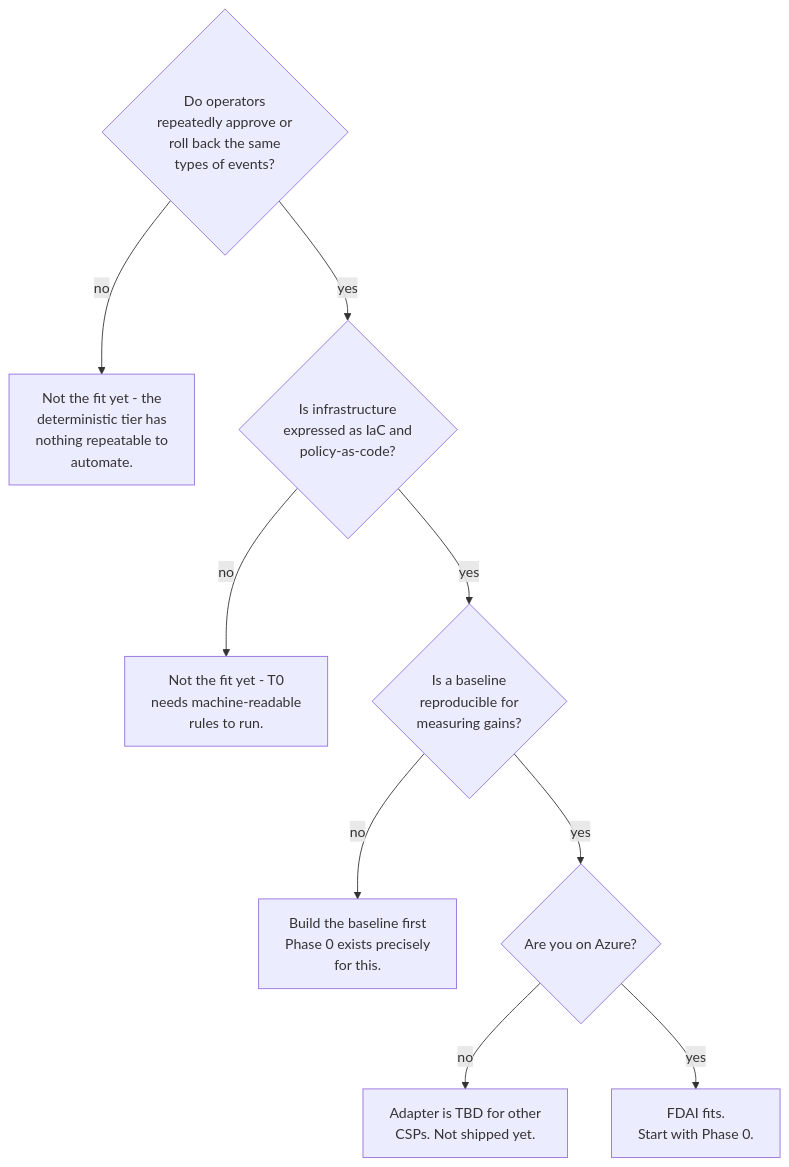
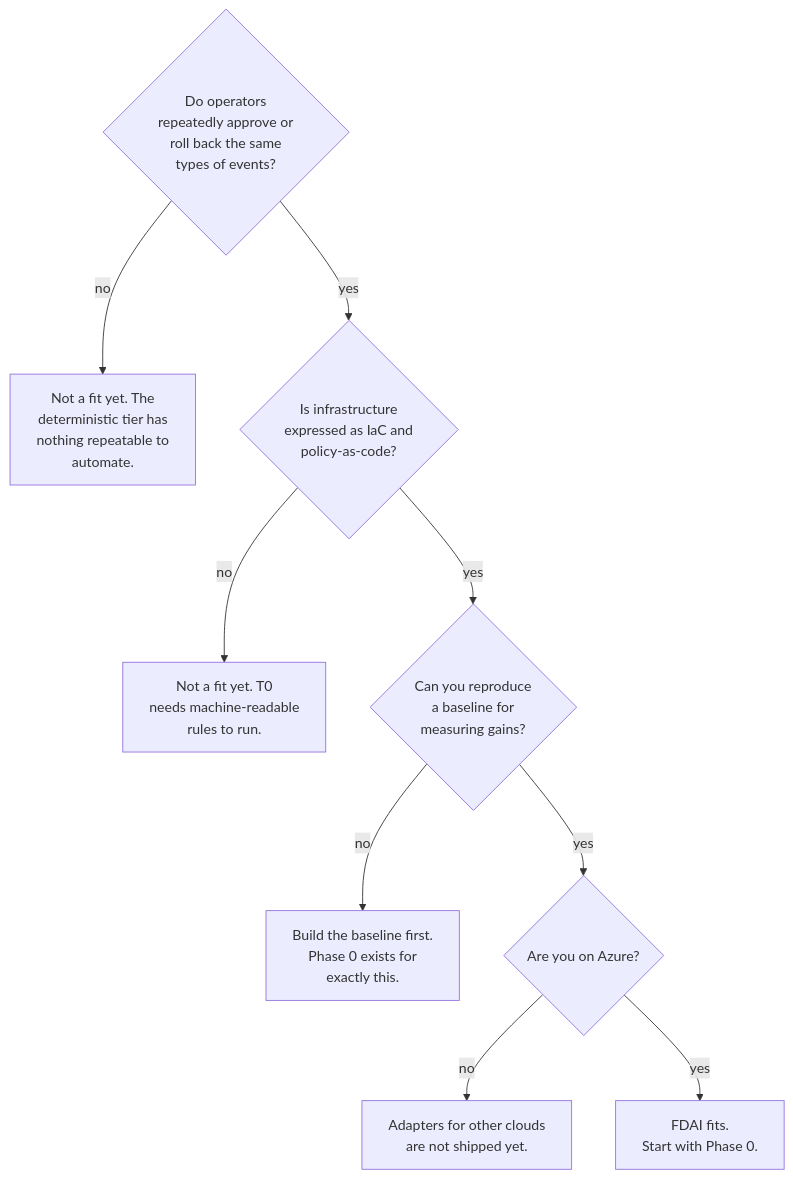
The diagram in docs/user-guide/get-started.md (dotnetpower/fdai), drawn with Mermaid before and after one commit. The commit also changed other lines of this file and 1 other file, not shown here.

````diff
--- a/docs/user-guide/get-started.md
+++ b/docs/user-guide/get-started.md
@@ -137,12 +143,12 @@
 ```mermaid
 flowchart TB
   Q1{Do operators<br/>repeatedly approve or<br/>roll back the same<br/>types of events?}
-  Q1 -->|no| N1[Not the fit yet - the<br/>deterministic tier has<br/>nothing repeatable to<br/>automate.]
+  Q1 -->|no| N1[Not a fit yet. The<br/>deterministic tier has<br/>nothing repeatable to<br/>automate.]
   Q1 -->|yes| Q2{Is infrastructure<br/>expressed as IaC and<br/>policy-as-code?}
-  Q2 -->|no| N2[Not the fit yet - T0<br/>needs machine-readable<br/>rules to run.]
-  Q2 -->|yes| Q3{Is a baseline<br/>reproducible for<br/>measuring gains?}
-  Q3 -->|no| N3[Build the baseline first<br/>Phase 0 exists precisely<br/>for this.]
+  Q2 -->|no| N2[Not a fit yet. T0<br/>needs machine-readable<br/>rules to run.]
+  Q2 -->|yes| Q3{Can you reproduce<br/>a baseline for<br/>measuring gains?}
+  Q3 -->|no| N3[Build the baseline first.<br/>Phase 0 exists for<br/>exactly this.]
   Q3 -->|yes| Q4{Are you on Azure?}
-  Q4 -->|no| N4[Adapter is TBD for other<br/>CSPs. Not shipped yet.]
+  Q4 -->|no| N4[Adapters for other clouds<br/>are not shipped yet.]
   Q4 -->|yes| OK[FDAI fits.<br/>Start with Phase 0.]
 ```
````
